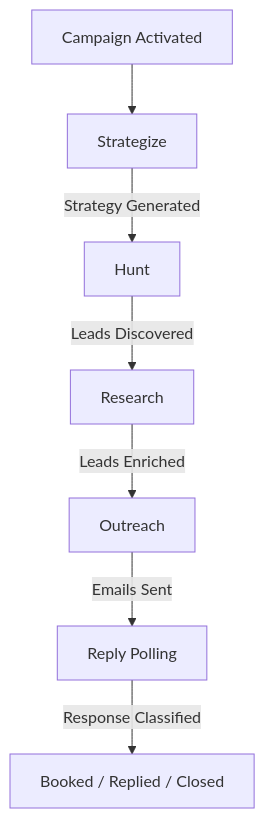
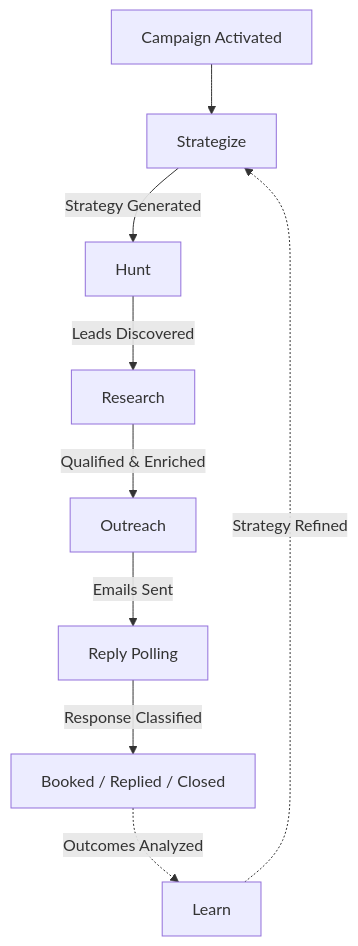
Before and after one commit to m-taqii/phantomoss: the diagram in README.md, drawn with Mermaid. The commit also changed other lines of this file, not shown here.

````diff
--- a/README.md
+++ b/README.md
@@ -69,9 +77,11 @@
 ```mermaid
 graph TD
     A[Campaign Activated] --> B[Strategize]
     B -->|Strategy Generated| C[Hunt]
     C -->|Leads Discovered| D[Research]
-    D -->|Leads Enriched| E[Outreach]
+    D -->|Qualified & Enriched| E[Outreach]
     E -->|Emails Sent| F[Reply Polling]
     F -->|Response Classified| G[Booked / Replied / Closed]
+    G -.->|Outcomes Analyzed| H[Learn]
+    H -.->|Strategy Refined| B
 ```
````
